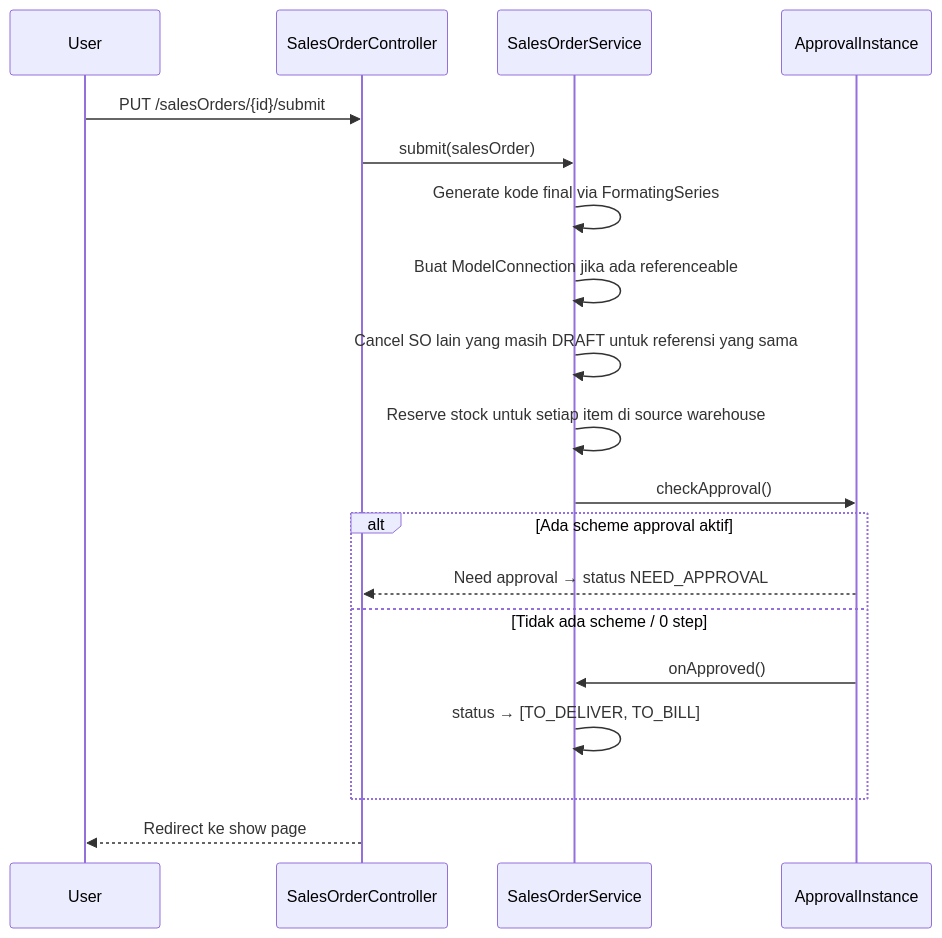
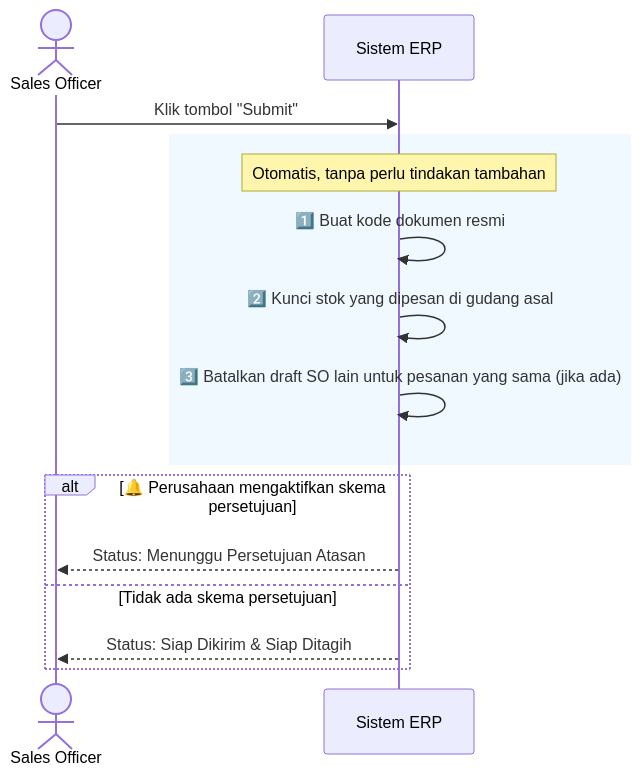
One commit to RimbunCode/erp_pataya changed the third of 6 diagrams in docs/modules/sales.md. Above: the diagram before and after it, drawn with Mermaid. The commit also changed other lines of this file and 14 other files, not shown here.

````diff
--- a/docs/modules/sales.md
+++ b/docs/modules/sales.md
@@ -135,22 +140,20 @@
 ```mermaid
 sequenceDiagram
-    participant U as User
-    participant C as SalesOrderController
-    participant S as SalesOrderService
-    participant A as ApprovalInstance
+    actor U as Sales Officer
+    participant Sys as Sistem ERP
 
-    U->>C: PUT /salesOrders/{id}/submit
-    C->>S: submit(salesOrder)
-    S->>S: Generate kode final via FormatingSeries
-    S->>S: Buat ModelConnection jika ada referenceable
-    S->>S: Cancel SO lain yang masih DRAFT untuk referensi yang sama
-    S->>S: Reserve stock untuk setiap item di source warehouse
-    S->>A: checkApproval()
-    alt Ada scheme approval aktif
-        A-->>C: Need approval → status NEED_APPROVAL
-    else Tidak ada scheme / 0 step
-        A->>S: onApproved()
-        S->>S: status → [TO_DELIVER, TO_BILL]
+    U->>Sys: Klik tombol "Submit"
+
+    rect rgb(240, 249, 255)
+        Note over Sys: Otomatis, tanpa perlu tindakan tambahan
+        Sys->>Sys: 1️⃣ Buat kode dokumen resmi
+        Sys->>Sys: 2️⃣ Kunci stok yang dipesan di gudang asal
+        Sys->>Sys: 3️⃣ Batalkan draft SO lain untuk pesanan yang sama (jika ada)
     end
-    C-->>U: Redirect ke show page
+
+    alt 🔔 Perusahaan mengaktifkan skema persetujuan
+        Sys-->>U: Status: Menunggu Persetujuan Atasan
+    else Tidak ada skema persetujuan
+        Sys-->>U: Status: Siap Dikirim & Siap Ditagih
+    end
 ```
````
